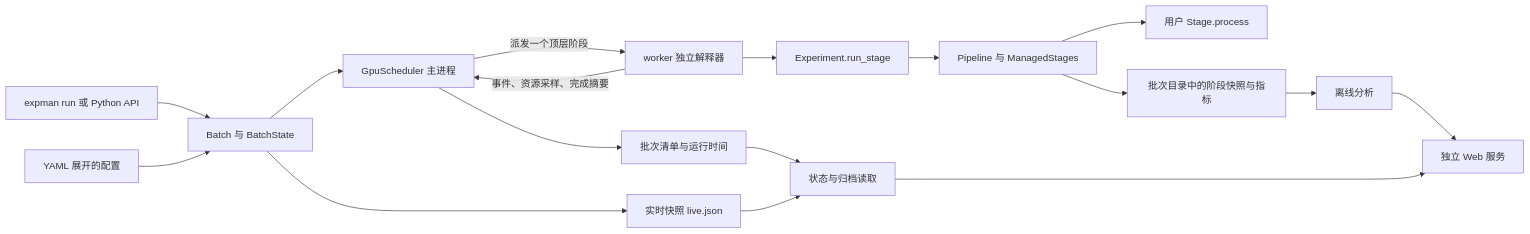
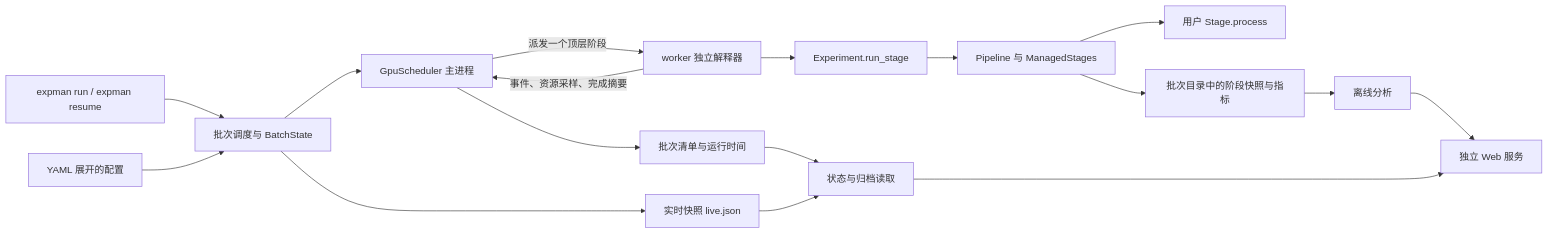
One commit to xuEZer/expman changed the diagram in DESIGN.md. Above: the diagram before and after it, drawn with Mermaid. The commit also changed other lines of this file and 27 other files, not shown here.

````diff
--- a/DESIGN.md
+++ b/DESIGN.md
@@ -9,19 +9,19 @@
 ```mermaid
 flowchart LR
-    CLI["expman run 或 Python API"] --> B["Batch 与 BatchState"]
+    CLI["expman run / expman resume"] --> B["批次调度与 BatchState"]
     CFG["YAML 展开的配置"] --> B
     B --> G["GpuScheduler 主进程"]
     G -->|派发一个顶层阶段| W["worker 独立解释器"]
     W --> E["Experiment.run_stage"]
     E --> P["Pipeline 与 ManagedStages"]
     P --> U["用户 Stage.process"]
     W -->|事件、资源采样、完成摘要| G
     P --> D["批次目录中的阶段快照与指标"]
     G --> M["批次清单与运行时间"]
     B --> L["实时快照 live.json"]
     D --> A["离线分析"]
     M --> V["状态与归档读取"]
     L --> V
     A --> UI["独立 Web 服务"]
     V --> UI
 ```
````
